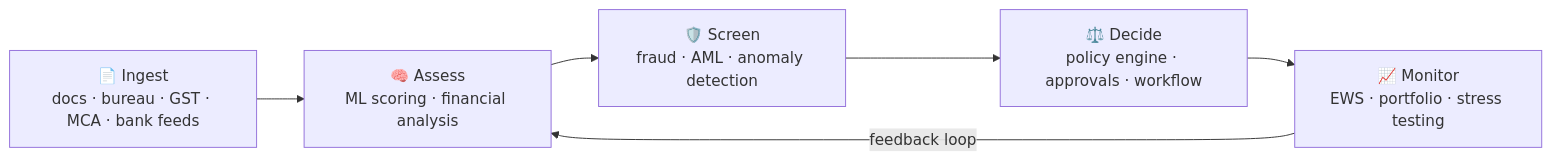
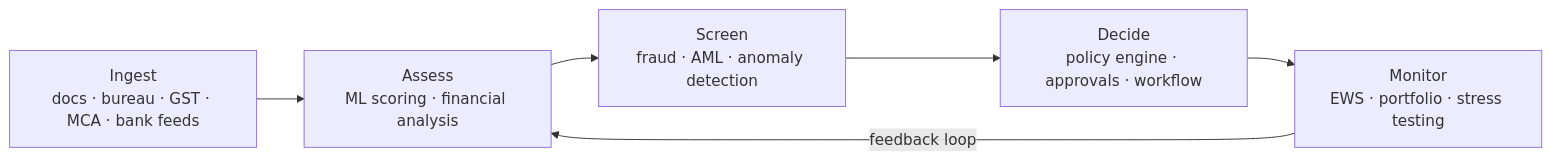
The first of 4 diagrams in README.md (Shriyansh21-ai/credit-intelligence-platform), drawn with Mermaid before and after one commit. The commit also changed other lines of this file and 495 other files, not shown here.

````diff
--- a/README.md
+++ b/README.md
@@ -109,8 +109,8 @@
 ```mermaid
 flowchart LR
-    A[📄 Ingest<br/>docs · bureau · GST · MCA · bank feeds] --> B[🧠 Assess<br/>ML scoring · financial analysis]
-    B --> C[🛡️ Screen<br/>fraud · AML · anomaly detection]
-    C --> D[⚖️ Decide<br/>policy engine · approvals · workflow]
-    D --> E[📈 Monitor<br/>EWS · portfolio · stress testing]
+    A[Ingest<br/>docs · bureau · GST · MCA · bank feeds] --> B[Assess<br/>ML scoring · financial analysis]
+    B --> C[Screen<br/>fraud · AML · anomaly detection]
+    C --> D[Decide<br/>policy engine · approvals · workflow]
+    D --> E[Monitor<br/>EWS · portfolio · stress testing]
     E -->|feedback loop| B
 ```
````
